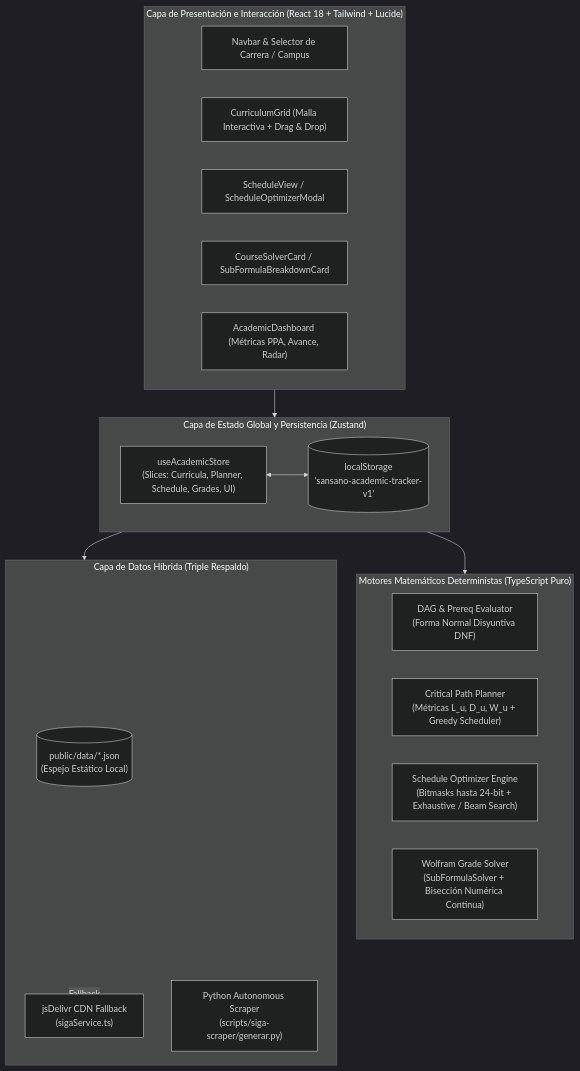
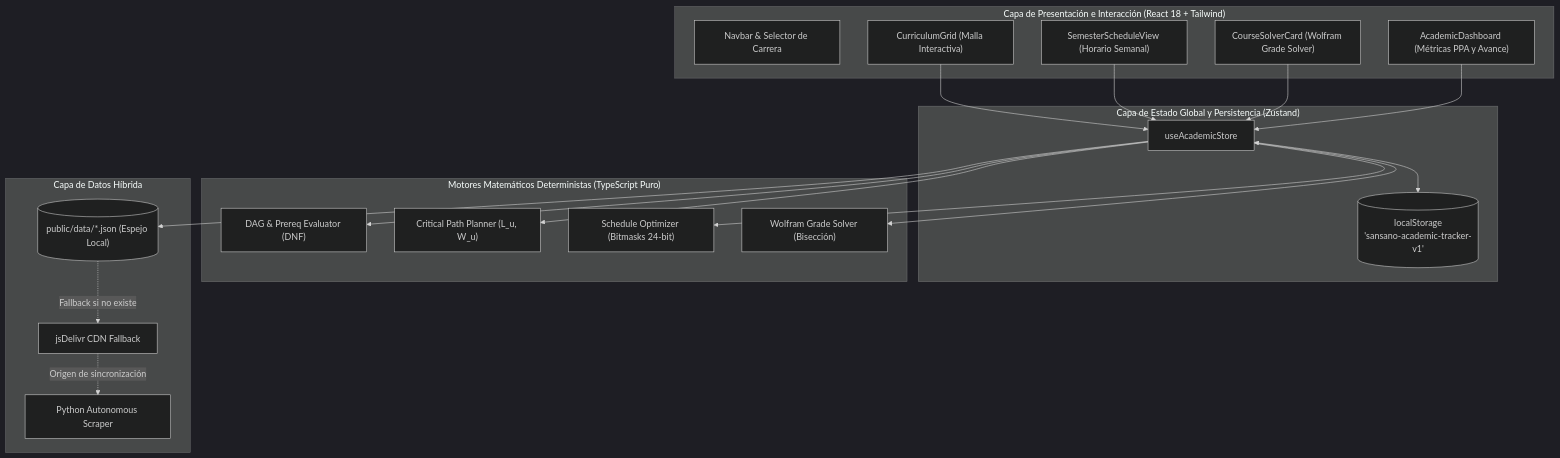
Before and after one commit to meta55-dev/Malla-USM: the diagram in README.md, drawn with Mermaid (dark theme). The commit also changed other lines of this file and 3 other files, not shown here.

Commit message:
docs: modularizar especificaciones tecnicas en docs/ y reparar diagramas Mermaid del README

````diff
--- a/README.md
+++ b/README.md
@@ -56,34 +38,43 @@
 ```mermaid
 flowchart TB
-    subgraph UI_Layer["Capa de Presentación e Interacción (React 18 + Tailwind + Lucide)"]
-        Nav["Navbar & Selector de Carrera / Campus"]
-        Grid["CurriculumGrid (Malla Interactiva + Drag & Drop)"]
-        SchedUI["ScheduleView / ScheduleOptimizerModal"]
-        SolverUI["CourseSolverCard / SubFormulaBreakdownCard"]
-        DashUI["AcademicDashboard (Métricas PPA, Avance, Radar)"]
+    subgraph UI["Capa de Presentación e Interacción (React 18 + Tailwind)"]
+        Nav["Navbar & Selector de Carrera"]
+        Grid["CurriculumGrid (Malla Interactiva)"]
+        SchedUI["SemesterScheduleView (Horario Semanal)"]
+        SolverUI["CourseSolverCard (Wolfram Grade Solver)"]
+        DashUI["AcademicDashboard (Métricas PPA y Avance)"]
     end
 
-    subgraph State_Layer["Capa de Estado Global y Persistencia (Zustand)"]
-        Store["useAcademicStore\n(Slices: Curricula, Planner, Schedule, Grades, UI)"]
+    subgraph State["Capa de Estado Global y Persistencia (Zustand)"]
+        Store["useAcademicStore"]
         Storage[("localStorage\n'sansano-academic-tracker-v1'")]
         Store <--> Storage
     end
 
-    subgraph Math_Engines["Motores Matemáticos Deterministas (TypeScript Puro)"]
-        DAG["DAG & Prereq Evaluator\n(Forma Normal Disyuntiva DNF)"]
-        CritPath["Critical Path Planner\n(Métricas L_u, D_u, W_u + Greedy Scheduler)"]
-        SchedOpt["Schedule Optimizer Engine\n(Bitmasks hasta 24-bit + Exhaustive / Beam Search)"]
-        Wolfram["Wolfram Grade Solver\n(SubFormulaSolver + Bisección Numérica Continua)"]
+    subgraph Engines["Motores Matemáticos Deterministas (TypeScript Puro)"]
+        DAG["DAG & Prereq Evaluator (DNF)"]
+        CritPath["Critical Path Planner (L_u, W_u)"]
+        SchedOpt["Schedule Optimizer (Bitmasks 24-bit)"]
+        Wolfram["Wolfram Grade Solver (Bisección)"]
     end
 
-    subgraph Data_Layer["Capa de Datos Híbrida (Triple Respaldo)"]
-        LocalData[("public/data/*.json\n(Espejo Estático Local)")]
-        CDN["jsDelivr CDN Fallback\n(sigaService.ts)"]
-        Scraper["Python Autonomous Scraper\n(scripts/siga-scraper/generar.py)"]
+    subgraph Data["Capa de Datos Híbrida"]
+        LocalData[("public/data/*.json (Espejo Local)")]
+        CDN["jsDelivr CDN Fallback"]
+        Scraper["Python Autonomous Scraper"]
     end
 
-    UI_Layer --> State_Layer
-    State_Layer --> Math_Engines
-    State_Layer --> Data_Layer
-    Data_Layer -. Fallback .-> CDN
+    Grid --> Store
+    SchedUI --> Store
+    SolverUI --> Store
+    DashUI --> Store
+
+    Store --> DAG
+    Store --> CritPath
+    Store --> SchedOpt
+    Store --> Wolfram
+
+    Store --> LocalData
+    LocalData -.->|Fallback si no existe| CDN
+    CDN -.->|Origen de sincronización| Scraper
 ```
````
